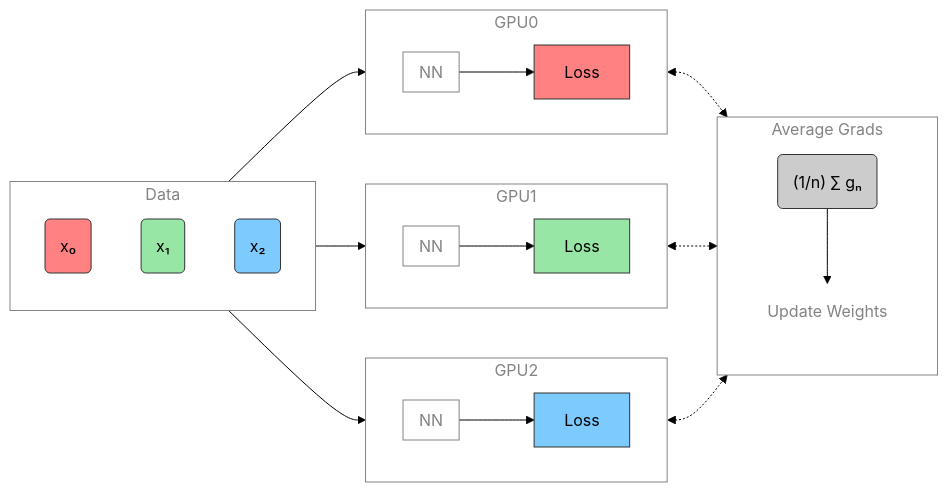
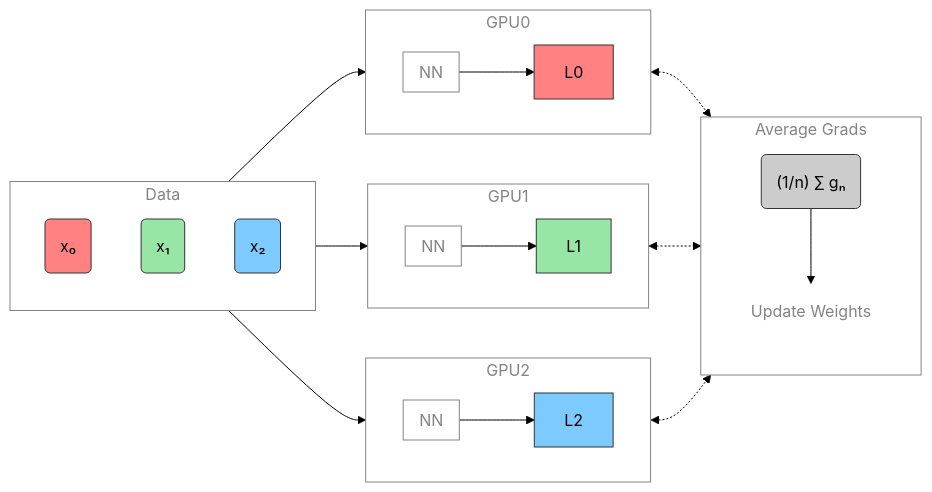
The seventh of 15 diagrams in docs/talks/ai-for-science-2024/ai-for-science-2024.md (saforem2/personal_site), drawn with Mermaid (forest theme) before and after one commit. The commit also changed other lines of this file and 19 other files, not shown here.

````diff
--- a/docs/talks/ai-for-science-2024/ai-for-science-2024.md
+++ b/docs/talks/ai-for-science-2024/ai-for-science-2024.md
@@ -353,59 +353,59 @@
 ``` mermaid
 flowchart LR
     subgraph D["`Data`"]
         direction TB
         x("`x₀`")
         x1("`x₁`")
         x2("`x₂`")
     end
     direction LR
     subgraph G0["`GPU0`"]
         direction LR
         subgraph N0["`NN`"]
         end
-        L0["`Loss`"]
+        L0["`L0`"]
     end
     subgraph G1["`GPU1`"]
         direction LR
         subgraph N1["`NN`"]
         end
-        L1["`Loss`"]
+        L1["`L1`"]
     end
     subgraph G2["`GPU2`"]
         direction LR
         subgraph N2["`NN`"]
         end
-        L2["`Loss`"]
+        L2["`L2`"]
     end
     subgraph AR["`Average Grads`"]
         direction TB
         ar("`(1/n) ∑ gₙ`")
         bc("`Update Weights`")
         ar --> bc
     end
     x --> G0
     x1 --> G1
     x2 --> G2
     N0 --> L0
     N1 --> L1
     N2 --> L2
     G0 <-.-> AR
     G1 <-.-> AR
     G2 <-.-> AR
 classDef block fill:#CCCCCC02,stroke:#838383,stroke-width:1px,color:#838383
 classDef grey fill:#cccccc,stroke:#333,stroke-width:1px,color:#000
 classDef red fill:#ff8181,stroke:#333,stroke-width:1px,color:#000
 classDef orange fill:#FFC47F,stroke:#333,stroke-width:1px,color:#000
 classDef yellow fill:#FFFF7F,stroke:#333,stroke-width:1px,color:#000
 classDef green fill:#98E6A5,stroke:#333,stroke-width:1px,color:#000
 classDef blue fill:#7DCAFF,stroke:#333,stroke-width:1px,color:#000
 classDef purple fill:#FFCBE6,stroke:#333,stroke-width:1px,color:#000
 classDef text fill:#CCCCCC02,stroke:#838383,stroke-width:0px,color:#838383
 class x,y0,L0 red
 class x1,L1 green
 class x2,L2 blue
 class x3,ar grey
 class D,N0,N1,N2,G0,G1,G2,GU block
 class AR block
 class bc text
 ```
````
